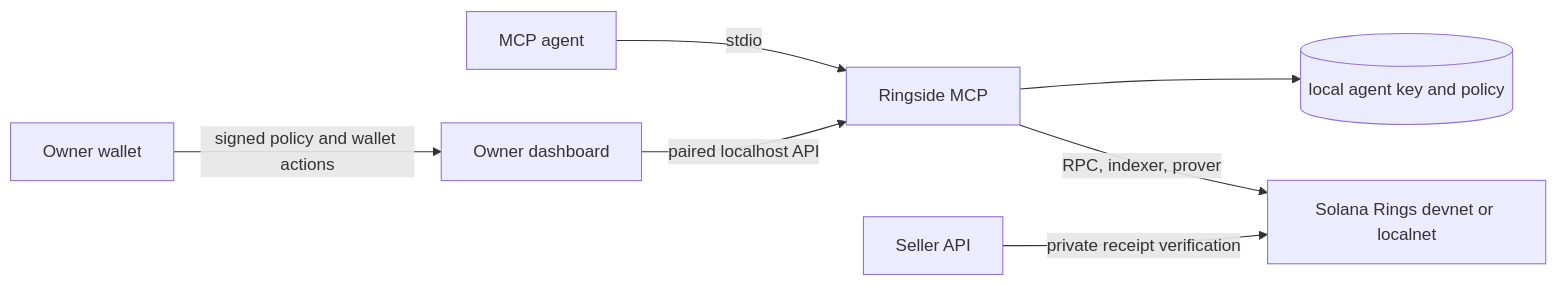
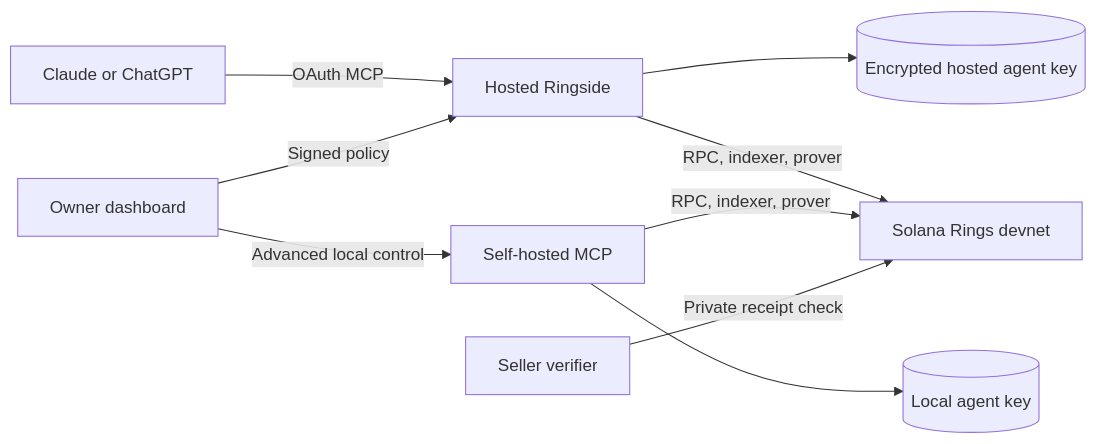
Before and after one commit to mayorXBT/Ringside-MCP: the diagram in README.md, drawn with Mermaid. The commit also changed other lines of this file and 1 other file, not shown here.

Commit message:
Document live hosted devnet signup and connector flow

````diff
--- a/README.md
+++ b/README.md
@@ -75,9 +86,11 @@
 ```mermaid
 flowchart LR
-  A[MCP agent] -->|stdio| M[Ringside MCP]
-  M --> K[(local agent key and policy)]
-  M -->|RPC, indexer, prover| H[Solana Rings devnet or localnet]
-  D[Owner dashboard] -->|paired localhost API| M
-  O[Owner wallet] -->|signed policy and wallet actions| D
-  S[Seller API] -->|private receipt verification| H
+  C[Claude or ChatGPT] -->|OAuth MCP| H[Hosted Ringside]
+  H --> K[(Encrypted hosted agent key)]
+  L[Self-hosted MCP] --> J[(Local agent key)]
+  H -->|RPC, indexer, prover| R[Solana Rings devnet]
+  L -->|RPC, indexer, prover| R
+  D[Owner dashboard] -->|Signed policy| H
+  D -->|Advanced local control| L
+  S[Seller verifier] -->|Private receipt check| R
 ```
````
